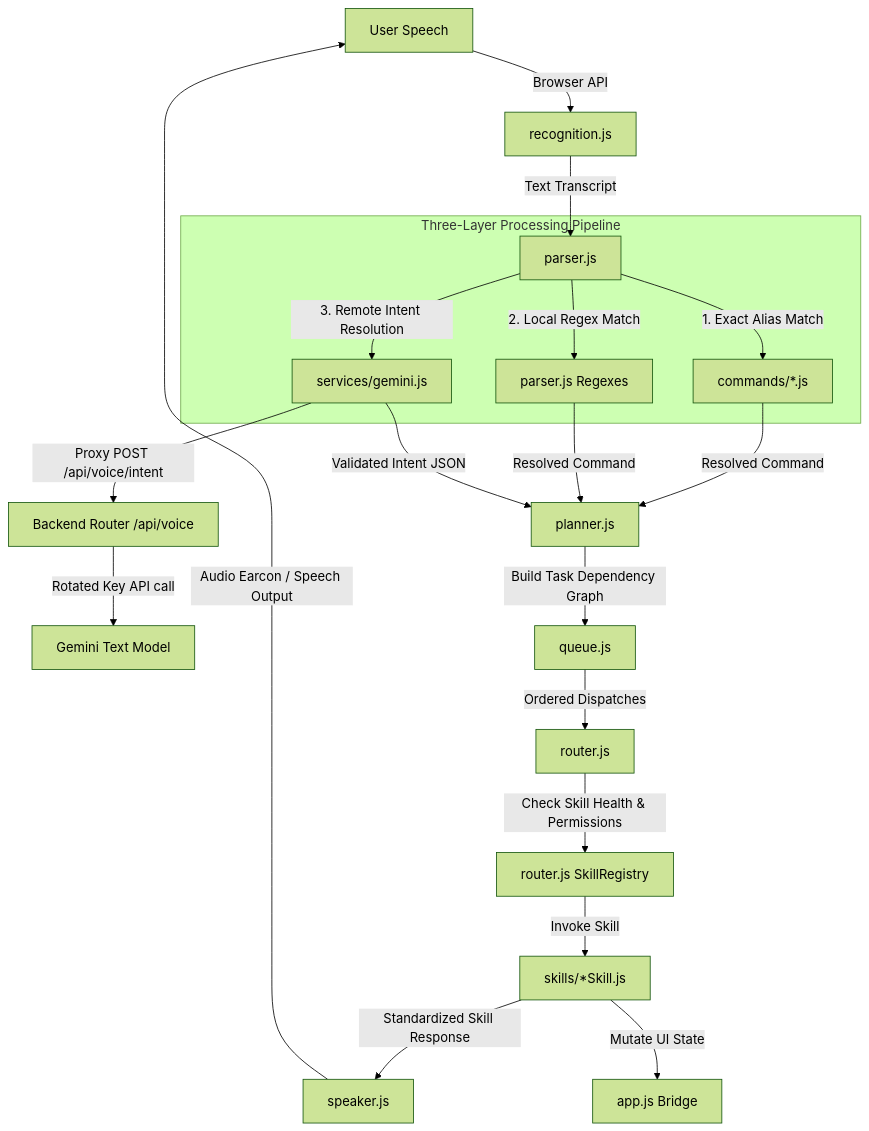
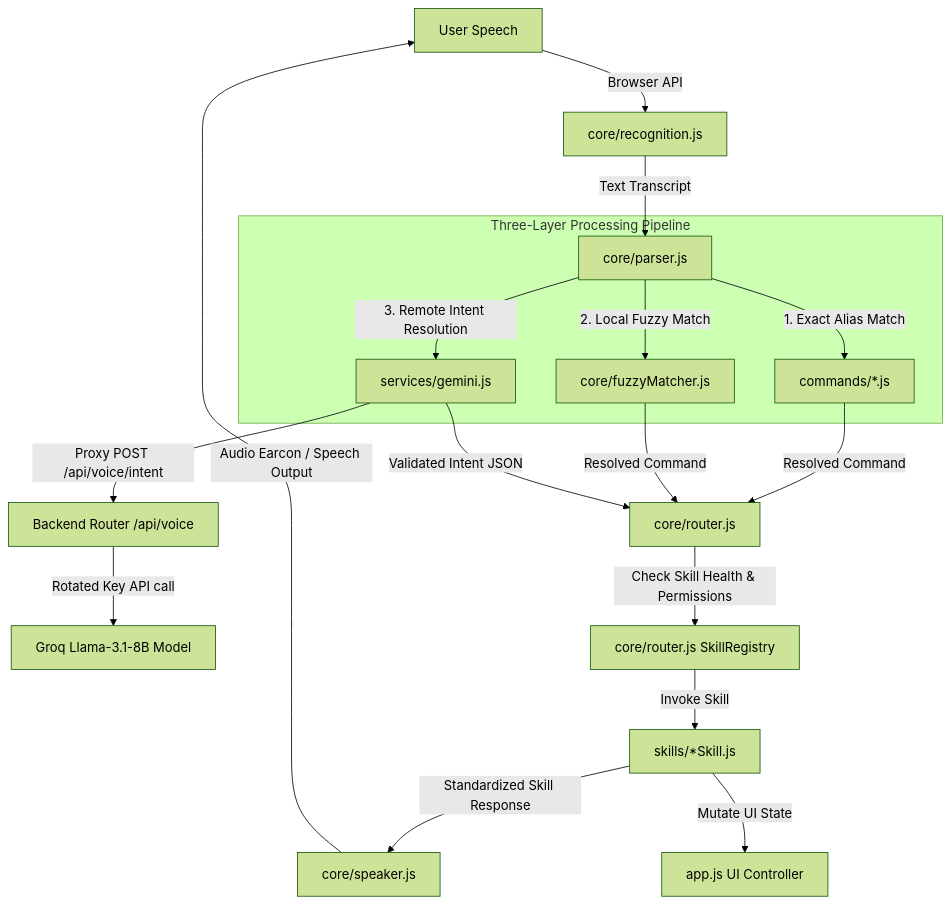
Before and after one commit to kamal1064/nazar2.0: the first of 2 diagrams in voice/ARCHITECTURE.md, drawn with Mermaid (forest theme). The commit also changed other lines of this file and 32 other files, not shown here.

````diff
--- a/voice/ARCHITECTURE.md
+++ b/voice/ARCHITECTURE.md
@@ -14,29 +14,26 @@
 ```mermaid
 graph TD
-    UserSpeech[User Speech] -->|Browser API| Recognition[recognition.js]
-    Recognition -->|Text Transcript| Parser[parser.js]
+    UserSpeech[User Speech] -->|Browser API| Recognition[core/recognition.js]
+    Recognition -->|Text Transcript| Parser[core/parser.js]
     
     subgraph Pipeline [Three-Layer Processing Pipeline]
         Parser -->|1. Exact Alias Match| LocalCommands[commands/*.js]
-        Parser -->|2. Local Regex Match| Rules[parser.js Regexes]
+        Parser -->|2. Local Fuzzy Match| Fuzzy[core/fuzzyMatcher.js]
         Parser -->|3. Remote Intent Resolution| GeminiService[services/gemini.js]
     end
     
     GeminiService -->|Proxy POST /api/voice/intent| Backend[Backend Router /api/voice]
-    Backend -->|Rotated Key API call| GeminiAPI[Gemini Text Model]
+    Backend -->|Rotated Key API call| GroqAPI[Groq Llama-3.1-8B Model]
     
-    LocalCommands -->|Resolved Command| Planner[planner.js]
-    Rules -->|Resolved Command| Planner
-    GeminiService -->|Validated Intent JSON| Planner
+    LocalCommands -->|Resolved Command| Router[core/router.js]
+    Fuzzy -->|Resolved Command| Router
+    GeminiService -->|Validated Intent JSON| Router
     
-    Planner -->|Build Task Dependency Graph| Queue[queue.js]
-    Queue -->|Ordered Dispatches| Router[router.js]
-    
-    Router -->|Check Skill Health & Permissions| SkillRegistry[router.js SkillRegistry]
+    Router -->|Check Skill Health & Permissions| SkillRegistry[core/router.js SkillRegistry]
     SkillRegistry -->|Invoke Skill| Skills[skills/*Skill.js]
     
-    Skills -->|Standardized Skill Response| Speaker[speaker.js]
-    Skills -->|Mutate UI State| AppBridge[app.js Bridge]
+    Skills -->|Standardized Skill Response| Speaker[core/speaker.js]
+    Skills -->|Mutate UI State| AppBridge[app.js UI Controller]
     
     Speaker -->|Audio Earcon / Speech Output| UserSpeech
 ```
````
